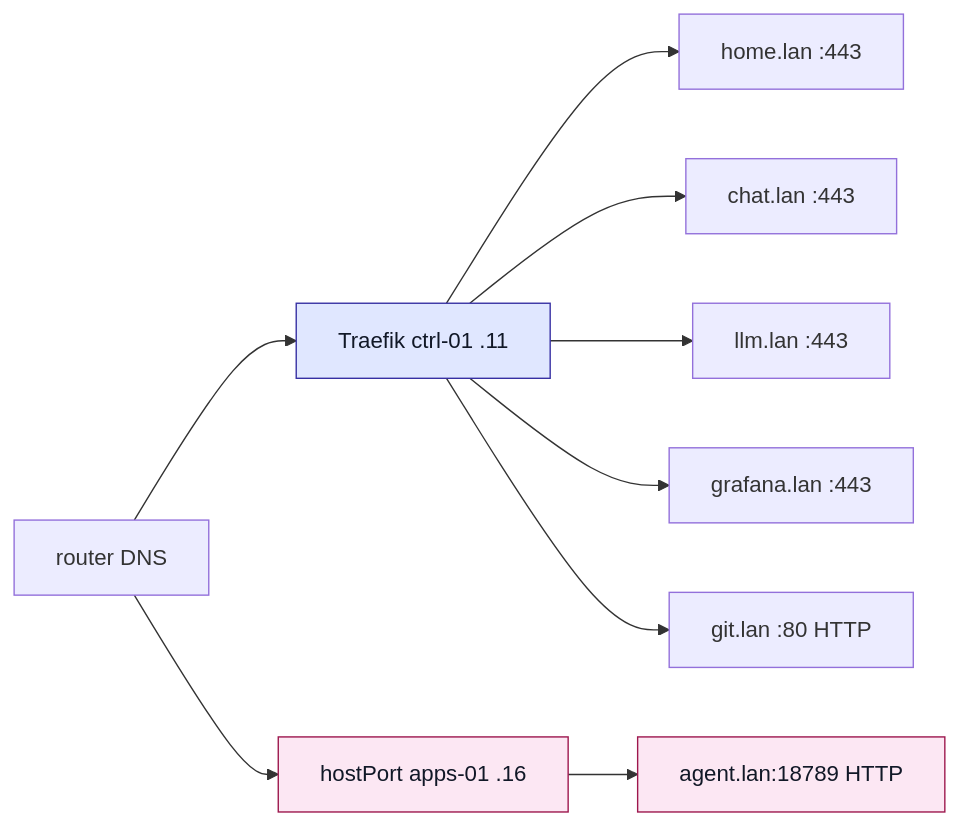
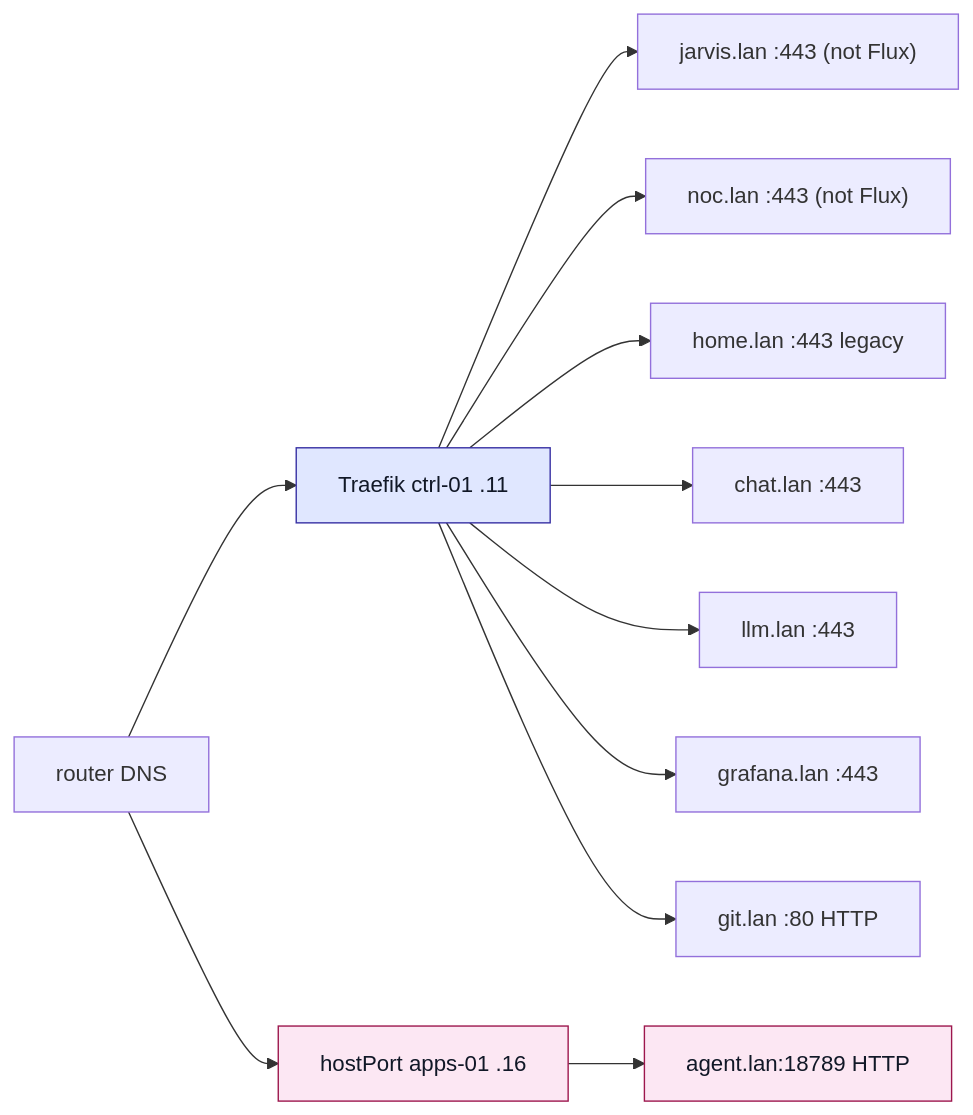
The fifth of 8 diagrams in README.md (gordoncooper/jarvis-cluster), drawn with Mermaid before and after one commit. The commit also changed other lines of this file and 1 other file, not shown here.

First line of the commit message:
docs: point at the infra contract; record jarvis.lan and noc.lan

````diff
--- a/README.md
+++ b/README.md
@@ -169,15 +174,17 @@
 ```mermaid
 flowchart LR
   classDef vip fill:#e0e7ff,stroke:#3730a3,color:#111827
   classDef host fill:#fce7f3,stroke:#9d174d,color:#111827
   DNS["router DNS"] --> T["Traefik  ctrl-01 .11"]
   DNS --> HP["hostPort  apps-01 .16"]
-  T --> home["home.lan :443"]
+  T --> jarvis["jarvis.lan :443 (not Flux)"]
+  T --> noc["noc.lan :443 (not Flux)"]
+  T --> home["home.lan :443 legacy"]
   T --> chat["chat.lan :443"]
   T --> llm["llm.lan :443"]
   T --> graf["grafana.lan :443"]
   T --> git["git.lan :80 HTTP"]
   HP --> agent["agent.lan:18789 HTTP"]
   class T vip
   class HP,agent host
 ```
````
